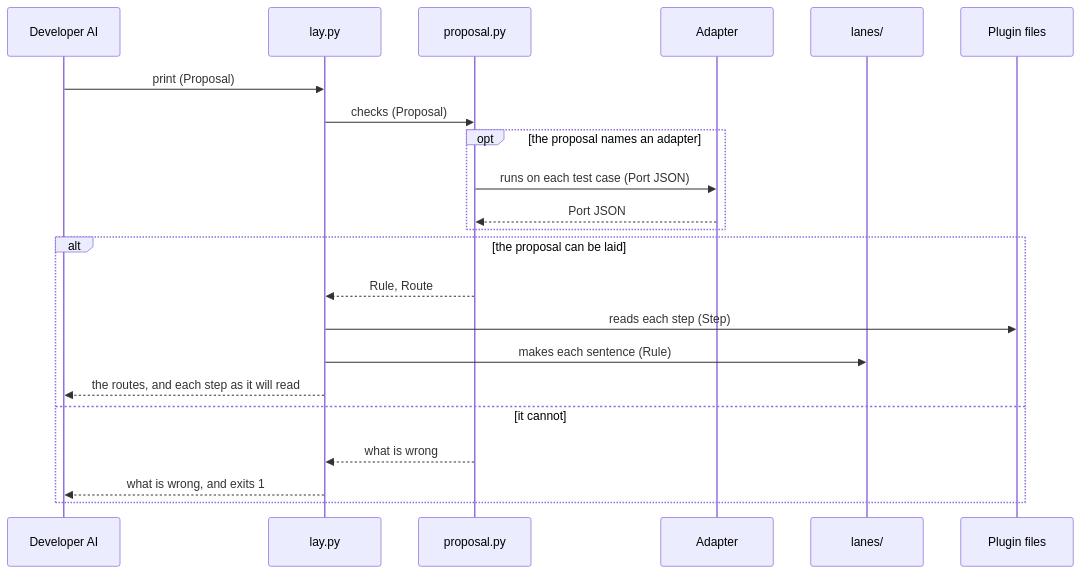
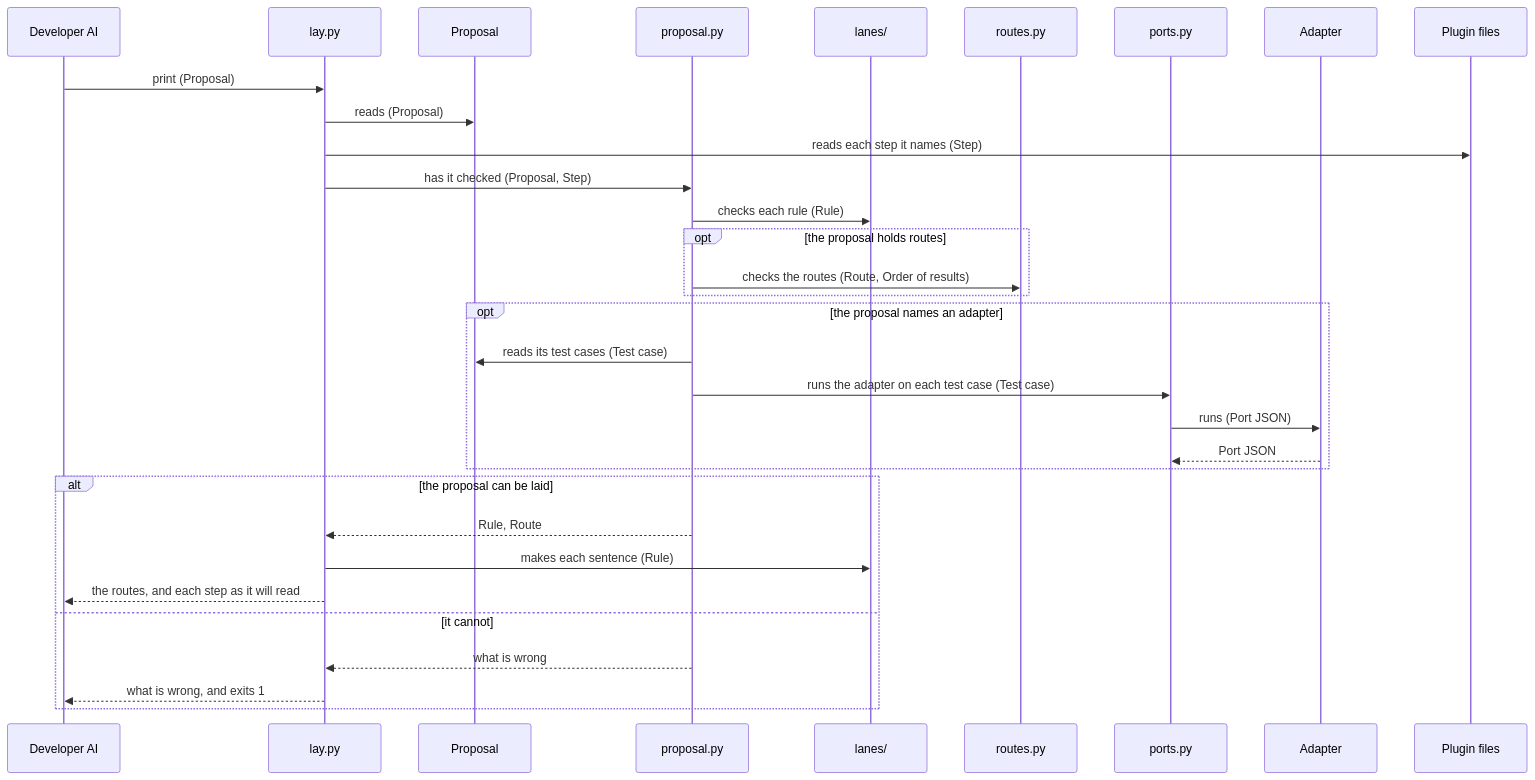
The first of 7 diagrams in dev/lane/architecture.md (lovaizu/ccpm), drawn with Mermaid before and after one commit. The commit also changed other lines of this file and 5 other files, not shown here.

````diff
--- a/dev/lane/architecture.md
+++ b/dev/lane/architecture.md
@@ -189,24 +231,34 @@
 ```mermaid
 sequenceDiagram
   participant DA as Developer AI
   participant L as lay.py
+  participant PS as Proposal
   participant P as proposal.py
+  participant LN as lanes/
+  participant RT as routes.py
+  participant PO as ports.py
   participant AD as Adapter
-  participant LN as lanes/
   participant PF as Plugin files
   DA->>L: print (Proposal)
-  L->>P: checks (Proposal)
+  L->>PS: reads (Proposal)
+  L->>PF: reads each step it names (Step)
+  L->>P: has it checked (Proposal, Step)
+  P->>LN: checks each rule (Rule)
+  opt the proposal holds routes
+    P->>RT: checks the routes (Route, Order of results)
+  end
   opt the proposal names an adapter
-    P->>AD: runs on each test case (Port JSON)
-    AD-->>P: Port JSON
+    P->>PS: reads its test cases (Test case)
+    P->>PO: runs the adapter on each test case (Test case)
+    PO->>AD: runs (Port JSON)
+    AD-->>PO: Port JSON
   end
   alt the proposal can be laid
     P-->>L: Rule, Route
-    L->>PF: reads each step (Step)
     L->>LN: makes each sentence (Rule)
     L-->>DA: the routes, and each step as it will read
   else it cannot
     P-->>L: what is wrong
     L-->>DA: what is wrong, and exits 1
   end
 ```
````
